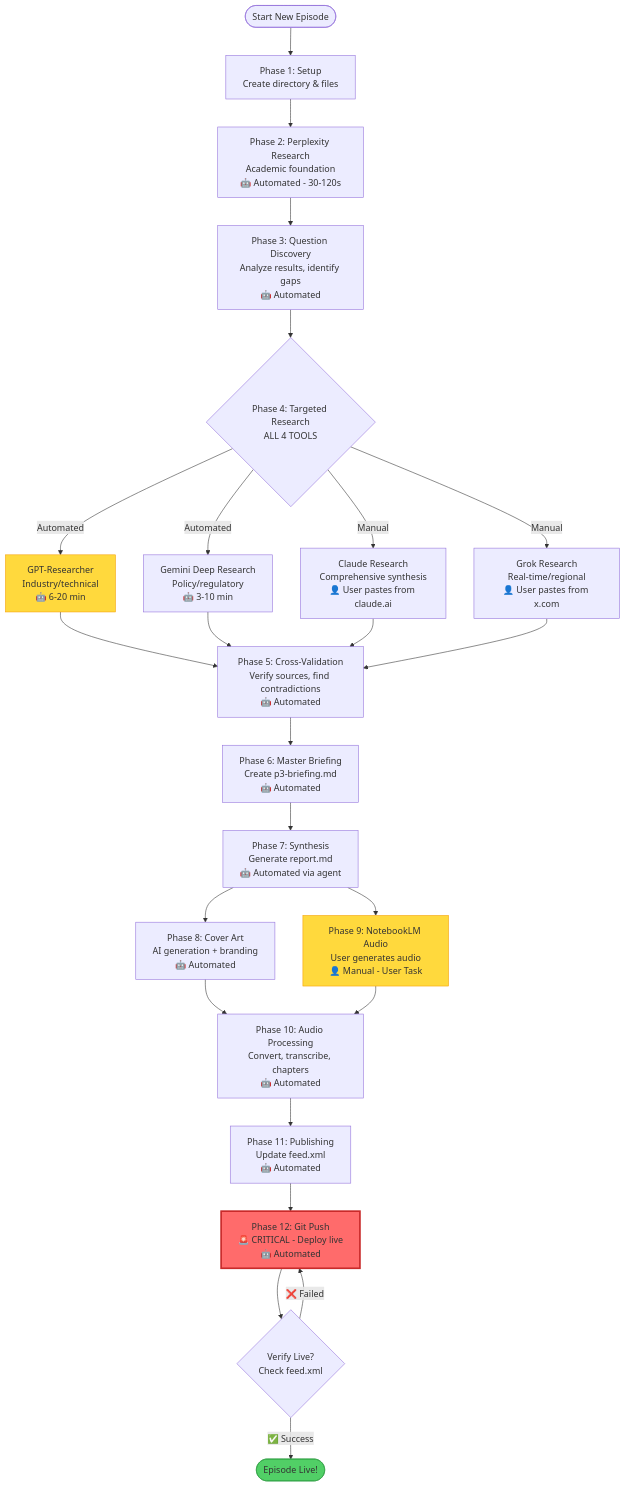
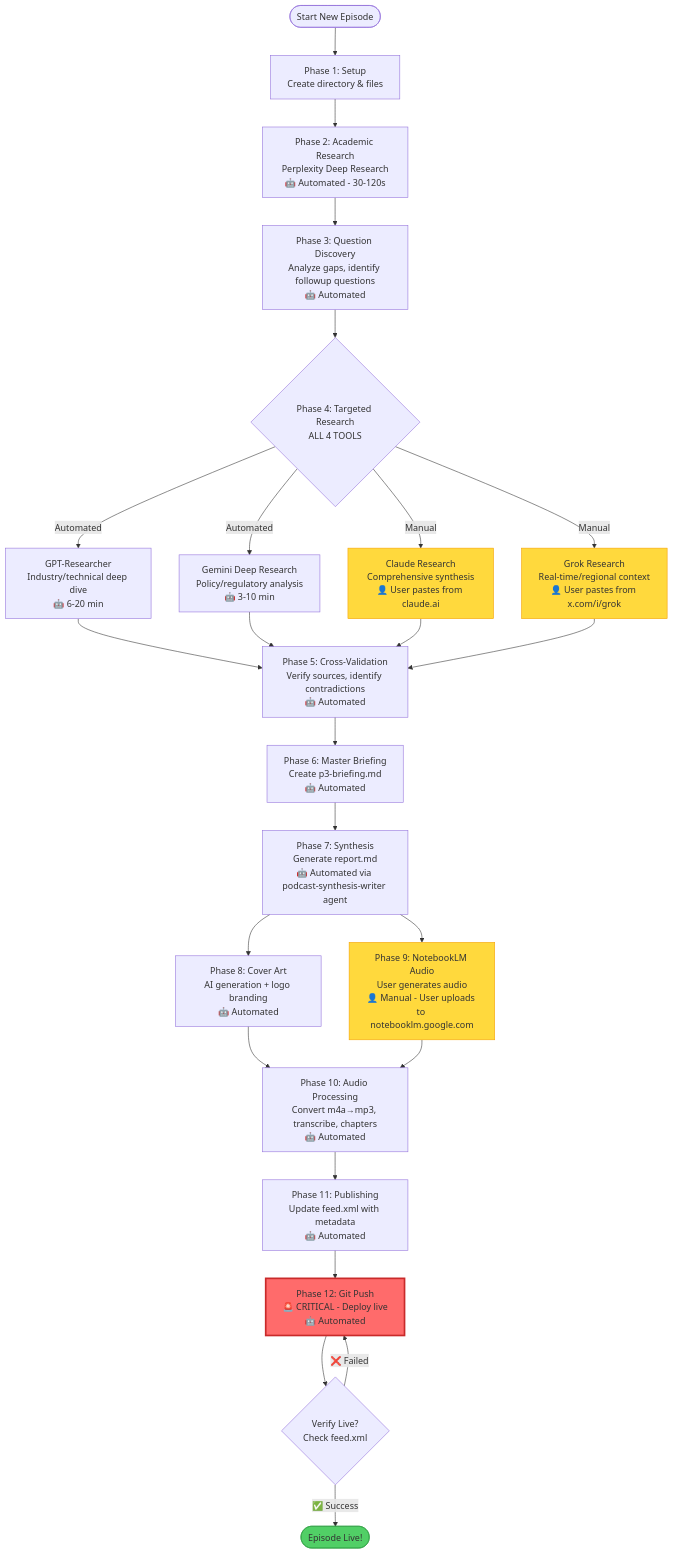
One commit to yudame/research changed the diagram in podcast/README.md. Above: the diagram before and after it, drawn with Mermaid. The commit also changed other lines of this file and 2 other files, not shown here.

````diff
--- a/podcast/README.md
+++ b/podcast/README.md
@@ -7,47 +21,48 @@
 ```mermaid
 flowchart TD
     Start([Start New Episode]) --> P1[Phase 1: Setup<br/>Create directory & files]
 
-    P1 --> P2[Phase 2: Perplexity Research<br/>Academic foundation<br/>🤖 Automated - 30-120s]
+    P1 --> P2[Phase 2: Academic Research<br/>Perplexity Deep Research<br/>🤖 Automated - 30-120s]
 
-    P2 --> P3[Phase 3: Question Discovery<br/>Analyze results, identify gaps<br/>🤖 Automated]
+    P2 --> P3[Phase 3: Question Discovery<br/>Analyze gaps, identify followup questions<br/>🤖 Automated]
 
     P3 --> P4{Phase 4: Targeted Research<br/>ALL 4 TOOLS}
 
-    P4 -->|Automated| P4a[GPT-Researcher<br/>Industry/technical<br/>🤖 6-20 min]
-    P4 -->|Automated| P4b[Gemini Deep Research<br/>Policy/regulatory<br/>🤖 3-10 min]
+    P4 -->|Automated| P4a[GPT-Researcher<br/>Industry/technical deep dive<br/>🤖 6-20 min]
+    P4 -->|Automated| P4b[Gemini Deep Research<br/>Policy/regulatory analysis<br/>🤖 3-10 min]
     P4 -->|Manual| P4c[Claude Research<br/>Comprehensive synthesis<br/>👤 User pastes from claude.ai]
-    P4 -->|Manual| P4d[Grok Research<br/>Real-time/regional<br/>👤 User pastes from x.com]
+    P4 -->|Manual| P4d[Grok Research<br/>Real-time/regional context<br/>👤 User pastes from x.com/i/grok]
 
     P4a --> P5
     P4b --> P5
     P4c --> P5
     P4d --> P5
 
-    P5[Phase 5: Cross-Validation<br/>Verify sources, find contradictions<br/>🤖 Automated]
+    P5[Phase 5: Cross-Validation<br/>Verify sources, identify contradictions<br/>🤖 Automated]
 
     P5 --> P6[Phase 6: Master Briefing<br/>Create p3-briefing.md<br/>🤖 Automated]
 
-    P6 --> P7[Phase 7: Synthesis<br/>Generate report.md<br/>🤖 Automated via agent]
+    P6 --> P7[Phase 7: Synthesis<br/>Generate report.md<br/>🤖 Automated via podcast-synthesis-writer agent]
 
-    P7 --> P8[Phase 8: Cover Art<br/>AI generation + branding<br/>🤖 Automated]
+    P7 --> P8[Phase 8: Cover Art<br/>AI generation + logo branding<br/>🤖 Automated]
 
-    P7 --> P9[Phase 9: NotebookLM Audio<br/>User generates audio<br/>👤 Manual - User Task]
+    P7 --> P9[Phase 9: NotebookLM Audio<br/>User generates audio<br/>👤 Manual - User uploads to notebooklm.google.com]
 
     P8 --> P10
-    P9 --> P10[Phase 10: Audio Processing<br/>Convert, transcribe, chapters<br/>🤖 Automated]
+    P9 --> P10[Phase 10: Audio Processing<br/>Convert m4a→mp3, transcribe, chapters<br/>🤖 Automated]
 
-    P10 --> P11[Phase 11: Publishing<br/>Update feed.xml<br/>🤖 Automated]
+    P10 --> P11[Phase 11: Publishing<br/>Update feed.xml with metadata<br/>🤖 Automated]
 
     P11 --> P12[Phase 12: Git Push<br/>🚨 CRITICAL - Deploy live<br/>🤖 Automated]
 
     P12 --> Verify{Verify Live?<br/>Check feed.xml}
 
     Verify -->|✅ Success| Done([Episode Live!])
     Verify -->|❌ Failed| P12
 
     style P12 fill:#ff6b6b,stroke:#c92a2a,stroke-width:3px
     style P9 fill:#ffd93d,stroke:#f59f00
-    style P4a fill:#ffd93d,stroke:#f59f00
+    style P4c fill:#ffd93d,stroke:#f59f00
+    style P4d fill:#ffd93d,stroke:#f59f00
     style Done fill:#51cf66,stroke:#2f9e44
 ```
````
